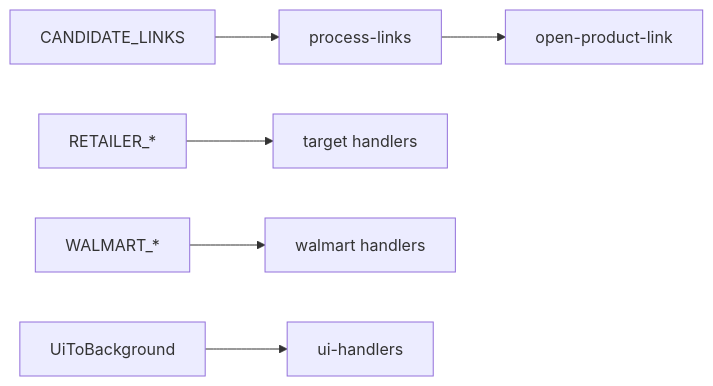
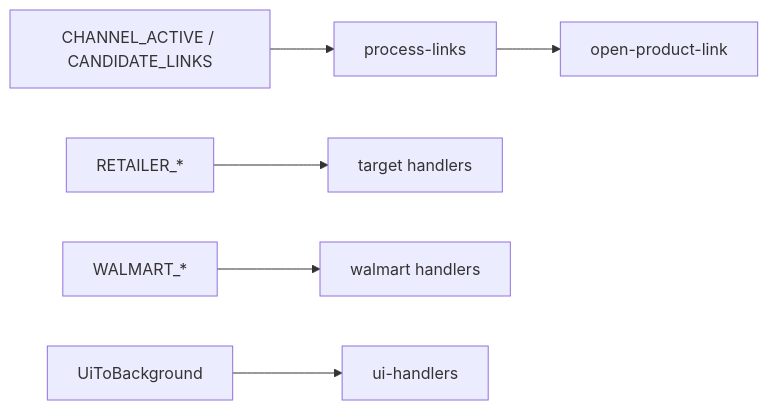
Before and after one commit to Quarks-1/CookieScripts: the diagram in extension/core/AGENTS.md, drawn with Mermaid. The commit also changed other lines of this file and 5 other files, not shown here.

````diff
--- a/extension/core/AGENTS.md
+++ b/extension/core/AGENTS.md
@@ -31,8 +39,8 @@
 ```mermaid
 flowchart LR
-  discord[CANDIDATE_LINKS] --> processLinks[process-links]
+  discord[CHANNEL_ACTIVE / CANDIDATE_LINKS] --> processLinks[process-links]
   processLinks --> openTab[open-product-link]
   retailer[RETAILER_*] --> domainTarget[target handlers]
   walmart[WALMART_*] --> domainWalmart[walmart handlers]
   ui[UiToBackground] --> uiHandlers[ui-handlers]
 ```
````
